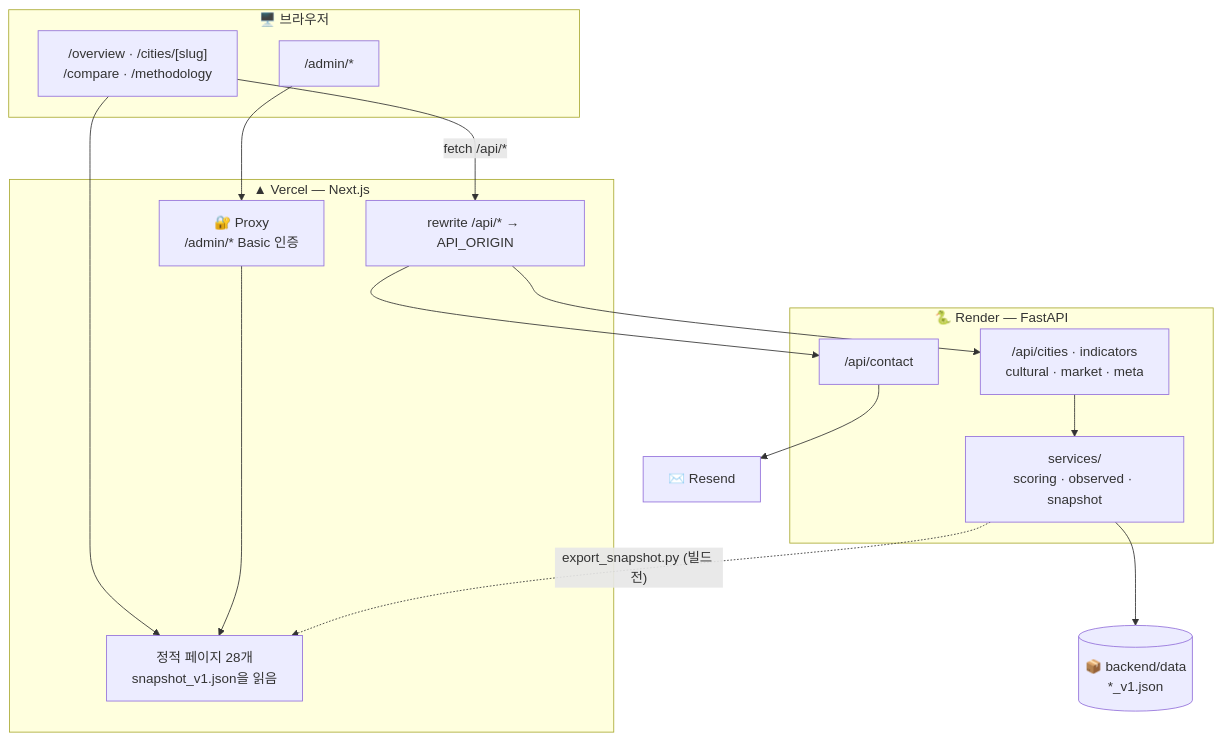
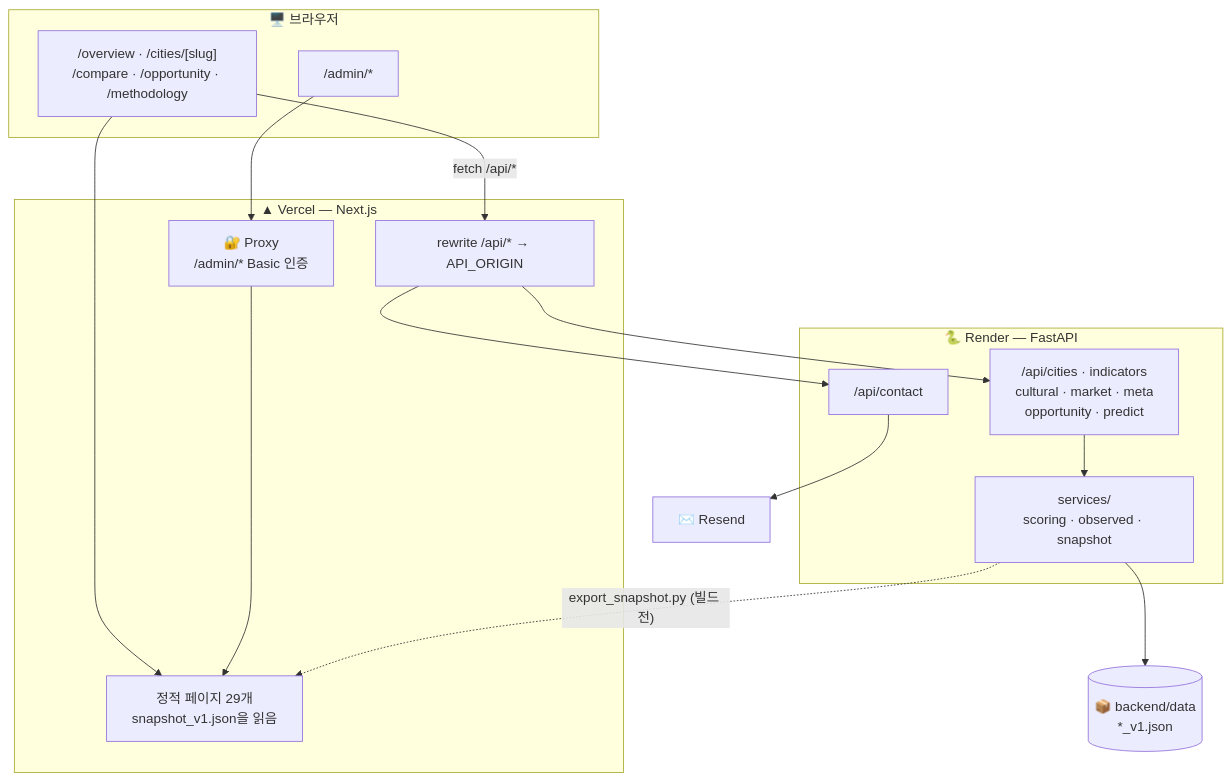
One commit to beang66/art-city-intelligence changed the first of 6 diagrams in README.md. Above: the diagram before and after it, drawn with Mermaid. The commit also changed other lines of this file and 19 other files, not shown here.

````diff
--- a/README.md
+++ b/README.md
@@ -139,25 +140,25 @@
 ```mermaid
 flowchart TB
     subgraph Client["🖥️ 브라우저"]
-        PG["/overview · /cities/[slug]<br>/compare · /methodology"]
+        PG["/overview · /cities/[slug]<br>/compare · /opportunity · /methodology"]
         AD["/admin/*"]
     end
     subgraph Vercel["▲ Vercel — Next.js"]
         PX["🔐 Proxy<br>/admin/* Basic 인증"]
-        SSG["정적 페이지 28개<br>snapshot_v1.json을 읽음"]
+        SSG["정적 페이지 29개<br>snapshot_v1.json을 읽음"]
         RW["rewrite /api/* → API_ORIGIN"]
     end
     subgraph Render["🐍 Render — FastAPI"]
-        R1["/api/cities · indicators<br>cultural · market · meta"]
+        R1["/api/cities · indicators<br>cultural · market · meta<br>opportunity · predict"]
         R2["/api/contact"]
         SV["services/<br>scoring · observed · snapshot"]
     end
     D[("📦 backend/data<br>*_v1.json")]
     RS["✉️ Resend"]
     PG --> SSG
     AD --> PX --> SSG
     PG -- "fetch /api/*" --> RW --> R1 & R2
     R1 --> SV --> D
     R2 --> RS
     SV -. "export_snapshot.py (빌드 전)" .-> SSG
 ```
````
